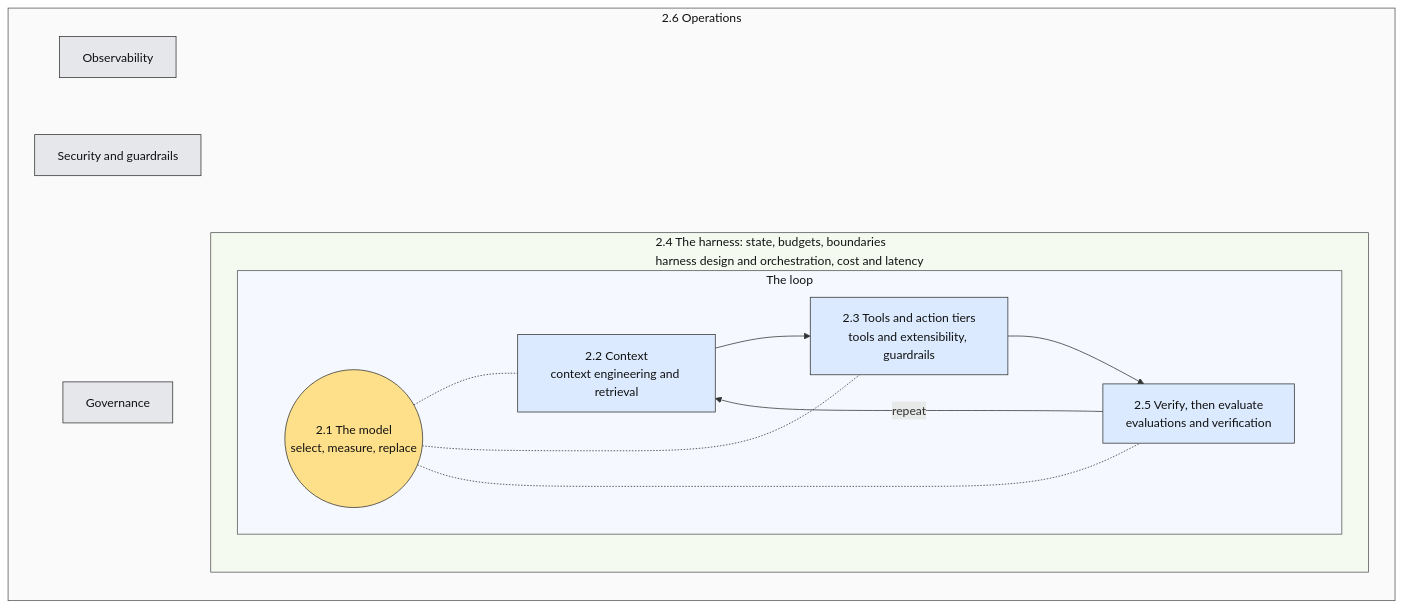
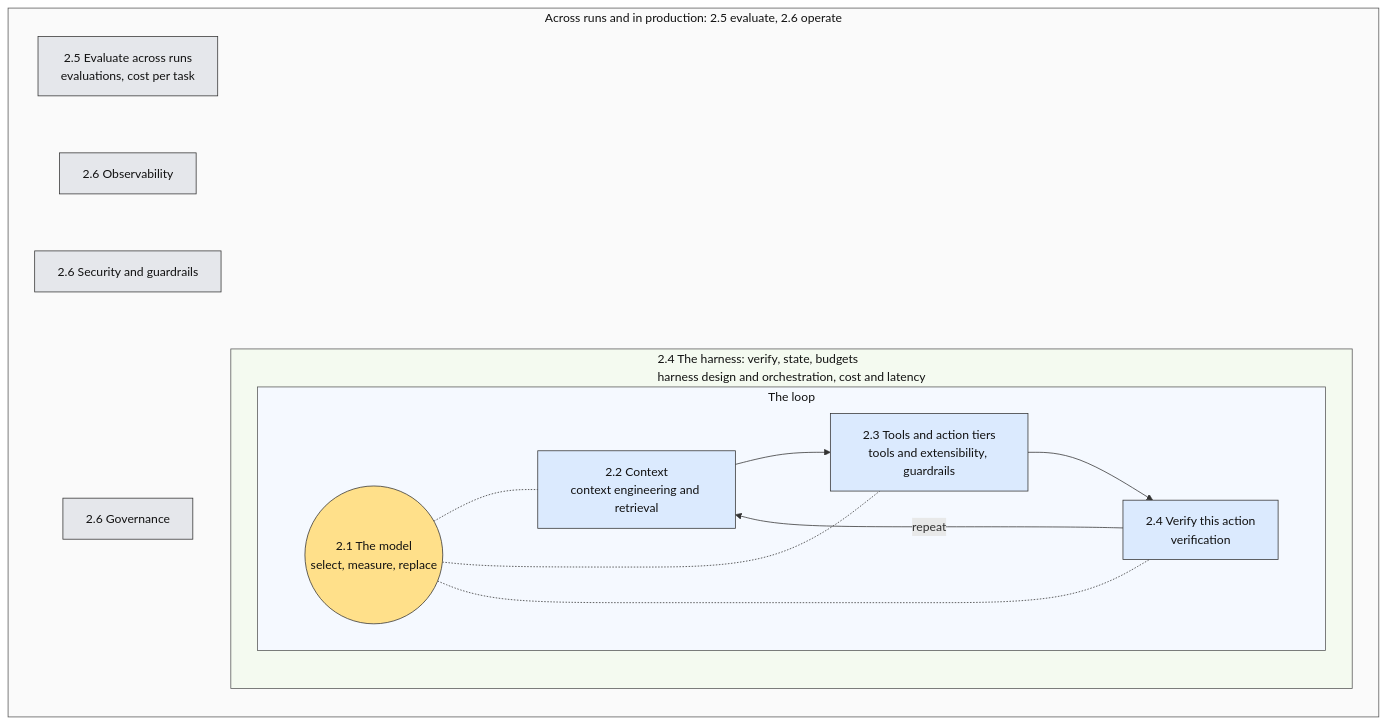
The fourth of 4 diagrams in slides/02-anatomy.md (sequenzia/beyond-the-coding-agent-v0), drawn with Mermaid before and after one commit. The commit also changed other lines of this file and 11 other files, not shown here.

````diff
--- a/slides/02-anatomy.md
+++ b/slides/02-anatomy.md
@@ -598,29 +617,29 @@
 ```mermaid
 flowchart TB
-  subgraph OPS["2.6 Operations"]
+  subgraph OPS["Across runs and in production: 2.5 evaluate, 2.6 operate"]
     direction TB
-    subgraph HARNESS["2.4 The harness: state, budgets, boundaries<br/>harness design and orchestration, cost and latency"]
+    subgraph HARNESS["2.4 The harness: verify, state, budgets<br/>harness design and orchestration, cost and latency"]
       direction TB
       subgraph LOOP["The loop"]
         direction LR
         M(("2.1 The model<br/>select, measure, replace"))
         G["2.2 Context<br/>context engineering and retrieval"] --> A["2.3 Tools and action tiers<br/>tools and extensibility, guardrails"]
-        A --> V["2.5 Verify, then evaluate<br/>evaluations and verification"]
+        A --> V["2.4 Verify this action<br/>verification"]
         V -- repeat --> G
         M -.- G
         M -.- A
         M -.- V
       end
     end
-    OBS["Observability"] ~~~ SEC["Security and guardrails"] ~~~ GOV["Governance"]
+    E["2.5 Evaluate across runs<br/>evaluations, cost per task"] ~~~ OBS["2.6 Observability"] ~~~ SEC["2.6 Security and guardrails"] ~~~ GOV["2.6 Governance"]
   end
   classDef model fill:#ffe08a,stroke:#333,color:#111
   classDef step fill:#dbeafe,stroke:#333,color:#111
   classDef ops fill:#e5e7eb,stroke:#333,color:#111
   class M model
   class G,A,V step
-  class OBS,SEC,GOV ops
+  class E,OBS,SEC,GOV ops
   style LOOP fill:#f5f9ff,stroke:#555,color:#111
   style HARNESS fill:#f4faf0,stroke:#555,color:#111
   style OPS fill:#fafafa,stroke:#555,color:#111
 ```
````
